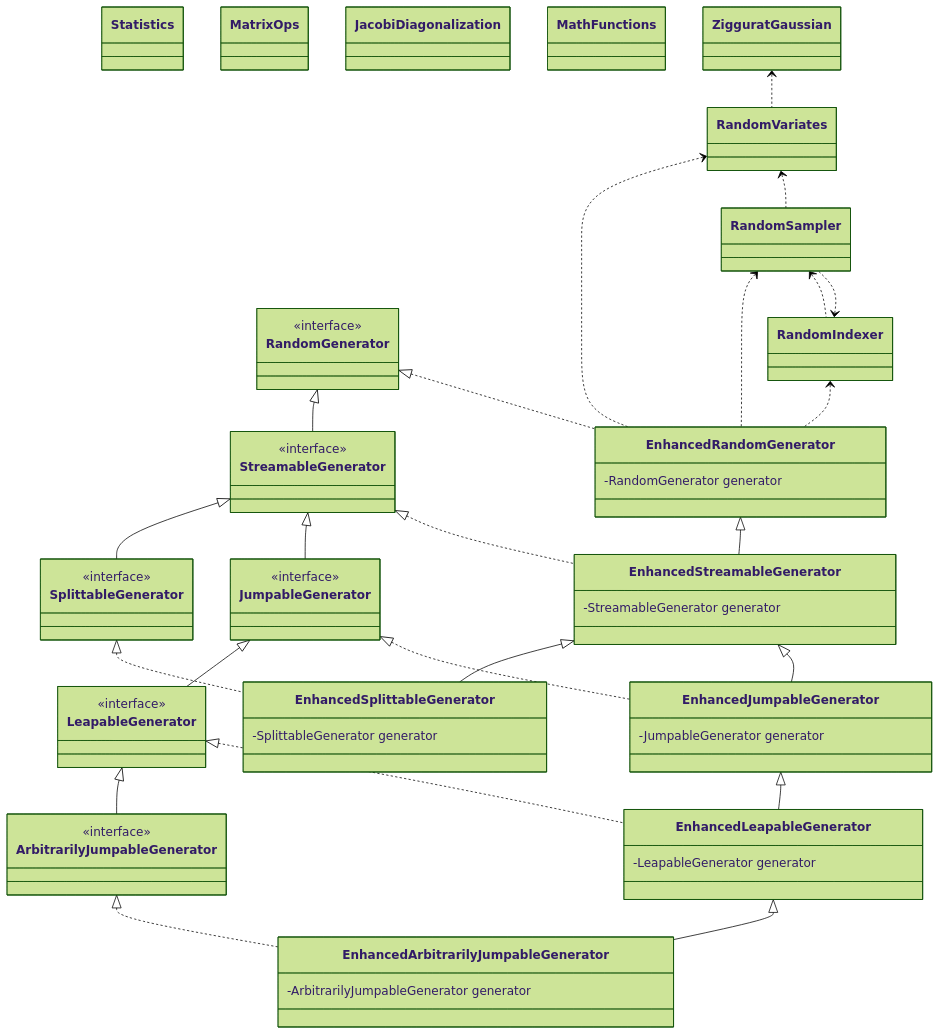
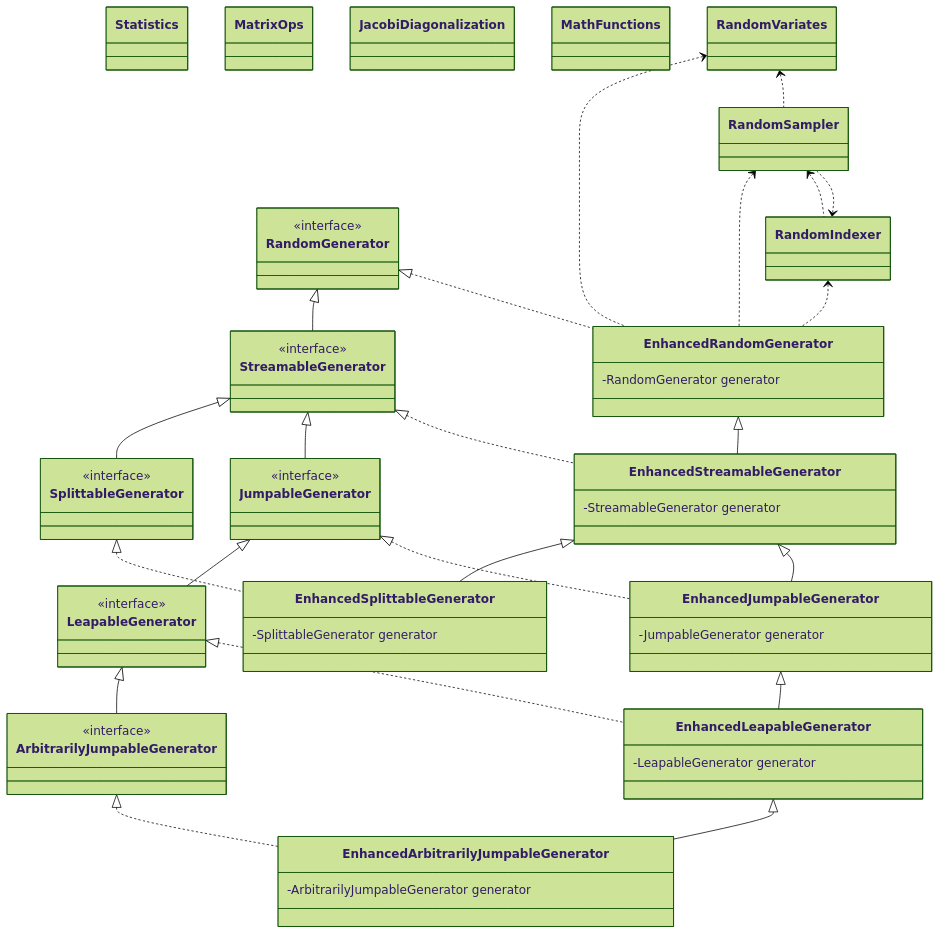
The diagram in README.md (cicirello/rho-mu), drawn with Mermaid (forest theme) before and after one commit.

Commit message:
removed ZigguratGaussian

````diff
--- a/README.md
+++ b/README.md
@@ -88,78 +88,76 @@
 ```mermaid
 classDiagram
   class Statistics
   class MatrixOps
   class JacobiDiagonalization
   class MathFunctions
   class RandomGenerator
   <<interface>> RandomGenerator
   class StreamableGenerator
   <<interface>> StreamableGenerator
   RandomGenerator <|-- StreamableGenerator
   class SplittableGenerator
   <<interface>> SplittableGenerator
   StreamableGenerator <|-- SplittableGenerator
   class JumpableGenerator
   <<interface>> JumpableGenerator
   StreamableGenerator <|-- JumpableGenerator
   class LeapableGenerator
   <<interface>> LeapableGenerator
   JumpableGenerator <|-- LeapableGenerator
   class ArbitrarilyJumpableGenerator
   <<interface>> ArbitrarilyJumpableGenerator
   LeapableGenerator <|-- ArbitrarilyJumpableGenerator
   class EnhancedRandomGenerator
   RandomGenerator <|.. EnhancedRandomGenerator
   class RandomSampler
   RandomSampler <.. EnhancedRandomGenerator
   class RandomIndexer
   RandomIndexer <.. EnhancedRandomGenerator
   RandomIndexer <.. RandomSampler
   RandomSampler <.. RandomIndexer
   class RandomVariates
   RandomVariates <.. EnhancedRandomGenerator
   RandomVariates <.. RandomSampler
   EnhancedRandomGenerator : -RandomGenerator generator
-  class ZigguratGaussian
-  ZigguratGaussian <.. RandomVariates
   class EnhancedStreamableGenerator
   EnhancedRandomGenerator <|-- EnhancedStreamableGenerator
   StreamableGenerator <|.. EnhancedStreamableGenerator
   EnhancedStreamableGenerator : -StreamableGenerator generator
   class EnhancedSplittableGenerator
   EnhancedStreamableGenerator <|-- EnhancedSplittableGenerator
   SplittableGenerator <|.. EnhancedSplittableGenerator
   EnhancedSplittableGenerator : -SplittableGenerator generator
   class EnhancedJumpableGenerator
   EnhancedStreamableGenerator <|-- EnhancedJumpableGenerator
   JumpableGenerator <|.. EnhancedJumpableGenerator
   EnhancedJumpableGenerator : -JumpableGenerator generator
   class EnhancedLeapableGenerator
   EnhancedJumpableGenerator <|-- EnhancedLeapableGenerator
   LeapableGenerator <|.. EnhancedLeapableGenerator
   EnhancedLeapableGenerator : -LeapableGenerator generator
   class EnhancedArbitrarilyJumpableGenerator
   EnhancedLeapableGenerator <|-- EnhancedArbitrarilyJumpableGenerator
   ArbitrarilyJumpableGenerator <|.. EnhancedArbitrarilyJumpableGenerator
   EnhancedArbitrarilyJumpableGenerator : -ArbitrarilyJumpableGenerator generator
   link RandomIndexer "https://rho-mu.cicirello.org/api/org.cicirello.rho_mu/org/cicirello/math/rand/RandomIndexer.html"
   link RandomVariates "https://rho-mu.cicirello.org/api/org.cicirello.rho_mu/org/cicirello/math/rand/RandomVariates.html"
   link RandomSampler "https://rho-mu.cicirello.org/api/org.cicirello.rho_mu/org/cicirello/math/rand/RandomSampler.html"
   link EnhancedRandomGenerator "https://rho-mu.cicirello.org/api/org.cicirello.rho_mu/org/cicirello/math/rand/EnhancedRandomGenerator.html"
   link EnhancedStreamableGenerator "https://rho-mu.cicirello.org/api/org.cicirello.rho_mu/org/cicirello/math/rand/EnhancedStreamableGenerator.html"
   link EnhancedSplittableGenerator "https://rho-mu.cicirello.org/api/org.cicirello.rho_mu/org/cicirello/math/rand/EnhancedSplittableGenerator.html"
   link EnhancedJumpableGenerator "https://rho-mu.cicirello.org/api/org.cicirello.rho_mu/org/cicirello/math/rand/EnhancedJumpableGenerator.html"
   link EnhancedLeapableGenerator "https://rho-mu.cicirello.org/api/org.cicirello.rho_mu/org/cicirello/math/rand/EnhancedLeapableGenerator.html"
   link EnhancedArbitrarilyJumpableGenerator "https://rho-mu.cicirello.org/api/org.cicirello.rho_mu/org/cicirello/math/rand/EnhancedArbitrarilyJumpableGenerator.html"
   link RandomGenerator "https://docs.oracle.com/en/java/javase/17/docs/api/java.base/java/util/random/RandomGenerator.html"
   link StreamableGenerator "https://docs.oracle.com/en/java/javase/17/docs/api/java.base/java/util/random/RandomGenerator.StreamableGenerator.html"
   link SplittableGenerator "https://docs.oracle.com/en/java/javase/17/docs/api/java.base/java/util/random/RandomGenerator.SplittableGenerator.html"
   link JumpableGenerator "https://docs.oracle.com/en/java/javase/17/docs/api/java.base/java/util/random/RandomGenerator.JumpableGenerator.html"
   link LeapableGenerator "https://docs.oracle.com/en/java/javase/17/docs/api/java.base/java/util/random/RandomGenerator.LeapableGenerator.html"
   link ArbitrarilyJumpableGenerator "https://docs.oracle.com/en/java/javase/17/docs/api/java.base/java/util/random/RandomGenerator.ArbitrarilyJumpableGenerator.html"
   link ZigguratGaussian "https://rho-mu.cicirello.org/api/org.cicirello.rho_mu/org/cicirello/math/rand/ZigguratGaussian.html"
   link MathFunctions "https://rho-mu.cicirello.org/api/org.cicirello.rho_mu/org/cicirello/math/MathFunctions.html"
   link Statistics "https://rho-mu.cicirello.org/api/org.cicirello.rho_mu/org/cicirello/math/stats/Statistics.html"
   link MatrixOps "https://rho-mu.cicirello.org/api/org.cicirello.rho_mu/org/cicirello/math/la/MatrixOps.html"
   link JacobiDiagonalization "https://rho-mu.cicirello.org/api/org.cicirello.rho_mu/org/cicirello/math/la/JacobiDiagonalization.html"
 ```
````
